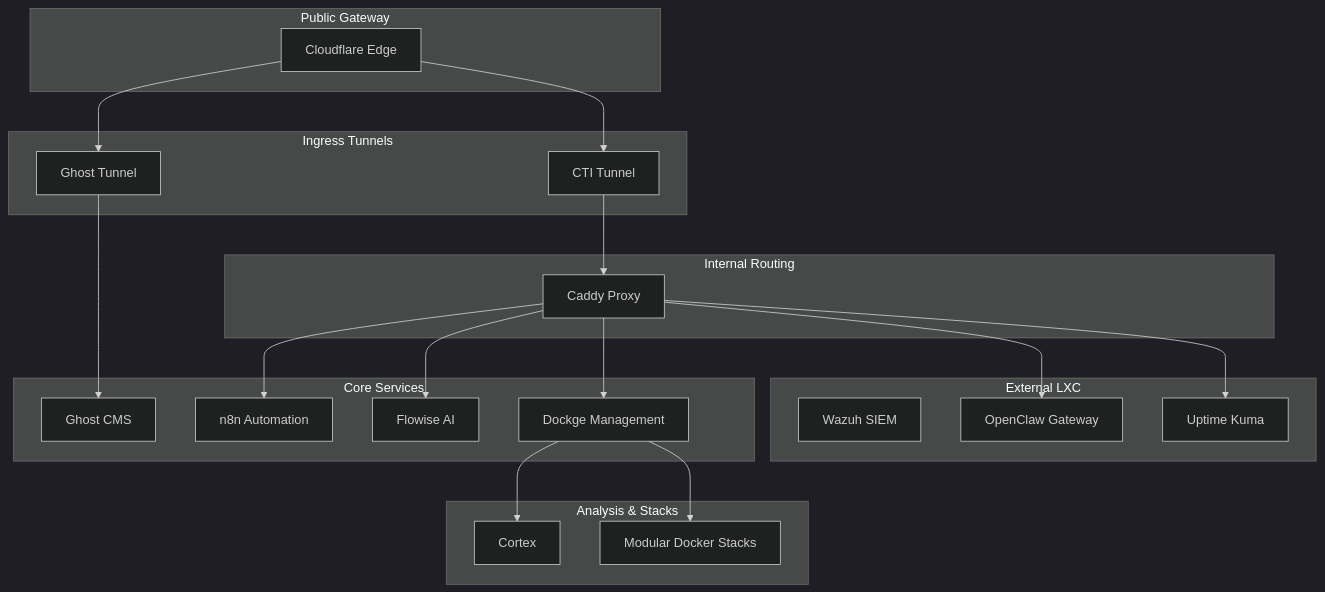
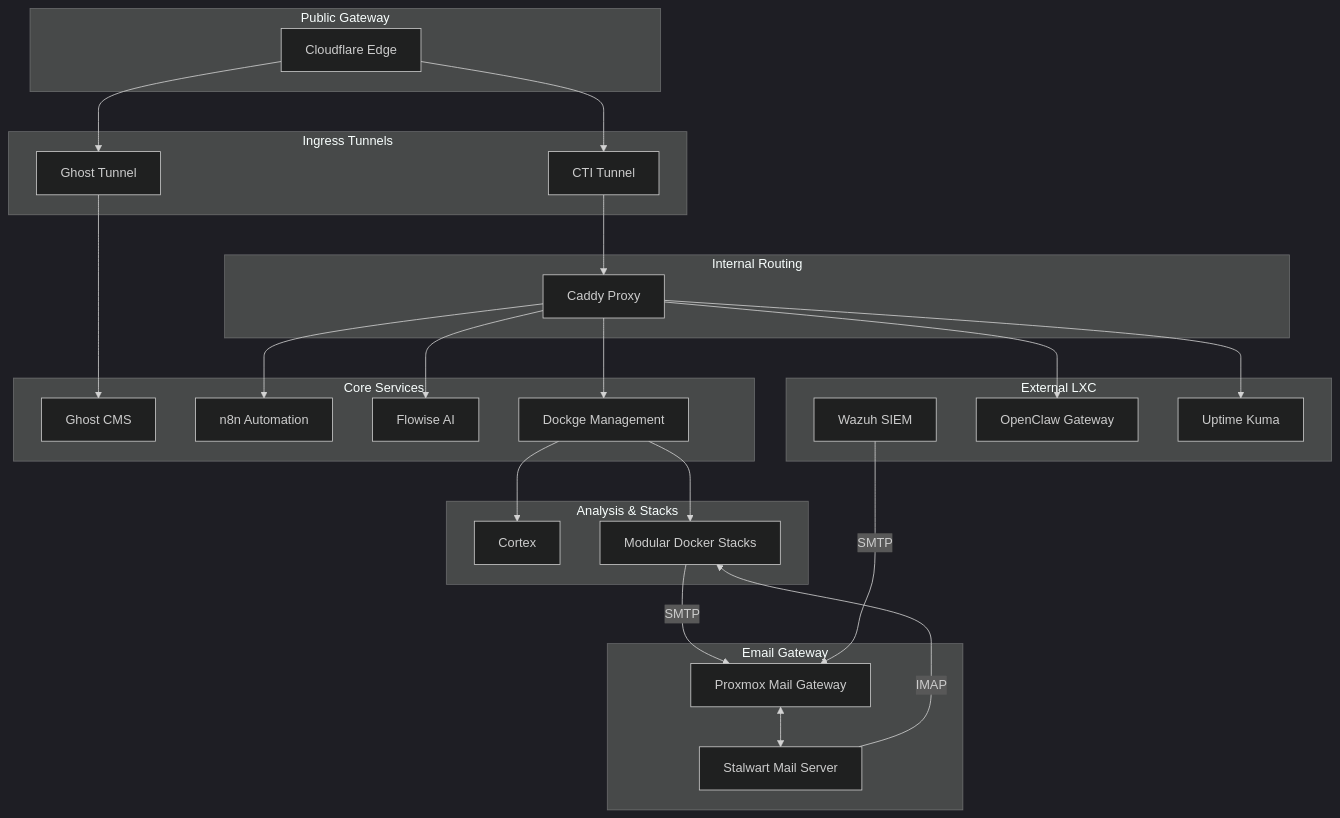
Before and after one commit to JazenaYLA/threatlabs-cti-stack: the diagram in README.md, drawn with Mermaid (dark theme). The commit also changed other lines of this file and 2 other files, not shown here.

Commit message:
docs: integrate email stack into global architecture and documentation

````diff
--- a/README.md
+++ b/README.md
@@ -9,43 +9,54 @@
 ```mermaid
     graph TD
 
     subgraph "Public Gateway"
         CF[Cloudflare Edge]
     end
 
     subgraph "Ingress Tunnels"
         GT[Ghost Tunnel]
         CT[CTI Tunnel]
     end
 
     subgraph "Internal Routing"
         Caddy[Caddy Proxy]
     end
 
     subgraph "Core Services"
         Ghost[Ghost CMS]
         n8n[n8n Automation]
         Flowise[Flowise AI]
         Dockge[Dockge Management]
     end
 
     subgraph "Analysis & Stacks"
         Cortex[Cortex]
         Stacks[Modular Docker Stacks]
     end
 
     subgraph "External LXC"
         Wazuh[Wazuh SIEM]
         OpenClaw[OpenClaw Gateway]
         Kuma[Uptime Kuma]
     end
 
+    subgraph "Email Gateway"
+        PMG[Proxmox Mail Gateway]
+        Stalwart[Stalwart Mail Server]
+    end
+
     %% Routing
     CF --> GT & CT
     GT --> Ghost
     CT --> Caddy
     
     Caddy --> n8n & Flowise & Dockge & OpenClaw & Kuma
     
     Dockge --> Cortex & Stacks
+    
+    %% Email Flow
+    PMG <--> Stalwart
+    Stacks -- SMTP --> PMG
+    Stalwart -- IMAP --> Stacks
+    Wazuh -- SMTP --> PMG
 ```
````
